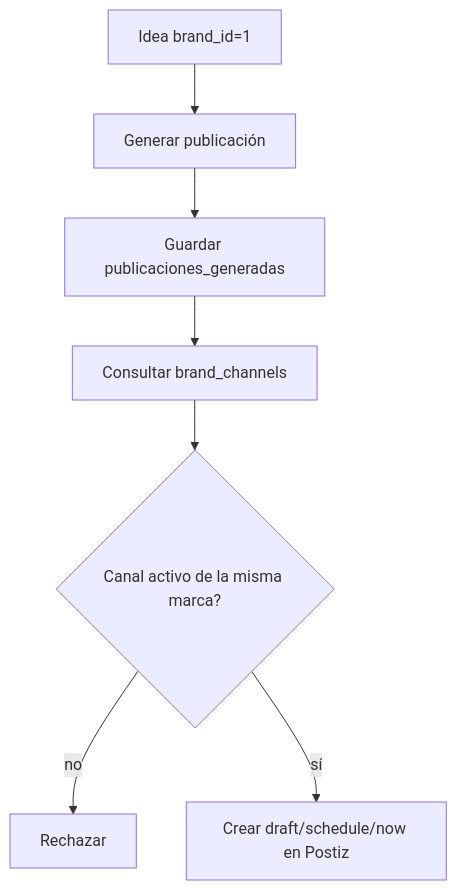
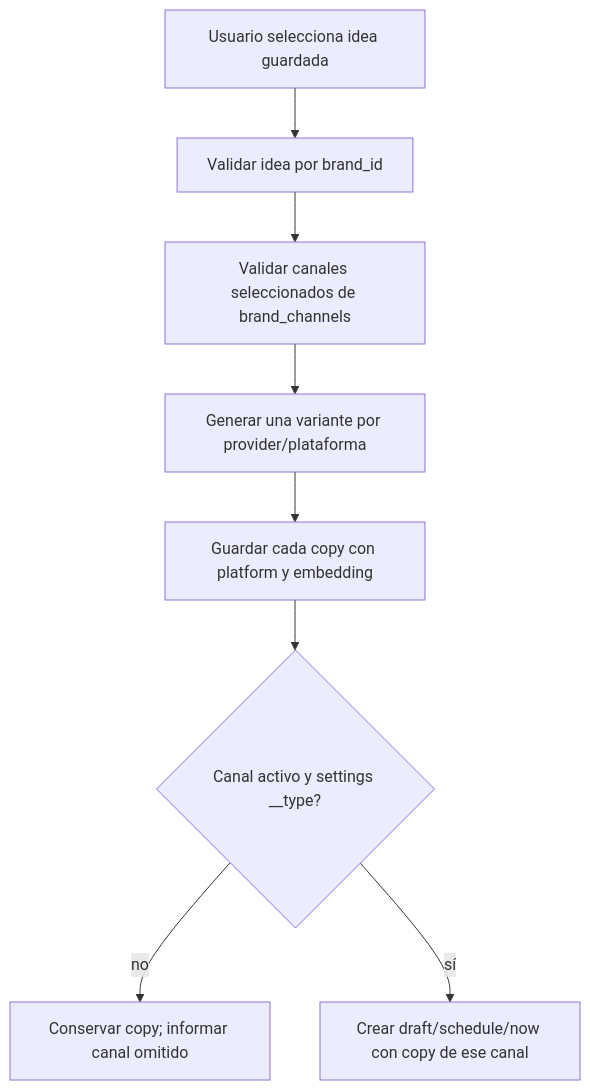
Before and after one commit to ITY-sas/mas: the fifth of 5 diagrams in docs/DATOS.md, drawn with Mermaid. The commit also changed other lines of this file and 3 other files, not shown here.

````diff
--- a/docs/DATOS.md
+++ b/docs/DATOS.md
@@ -231,9 +242,10 @@
 ```mermaid
 flowchart TD
-    I[Idea brand_id=1] --> P[Generar publicación]
-    P --> S[Guardar publicaciones_generadas]
-    S --> C[Consultar brand_channels]
-    C --> V{Canal activo de la misma marca?}
-    V -- no --> X[Rechazar]
-    V -- sí --> Z[Crear draft/schedule/now en Postiz]
+    U[Usuario selecciona idea guardada] --> IV[Validar idea por brand_id]
+    IV --> C[Validar canales seleccionados de brand_channels]
+    C --> P[Generar una variante por provider/plataforma]
+    P --> S[Guardar cada copy con platform y embedding]
+    S --> V{Canal activo y settings __type?}
+    V -- no --> X[Conservar copy; informar canal omitido]
+    V -- sí --> Z[Crear draft/schedule/now con copy de ese canal]
 ```
````
